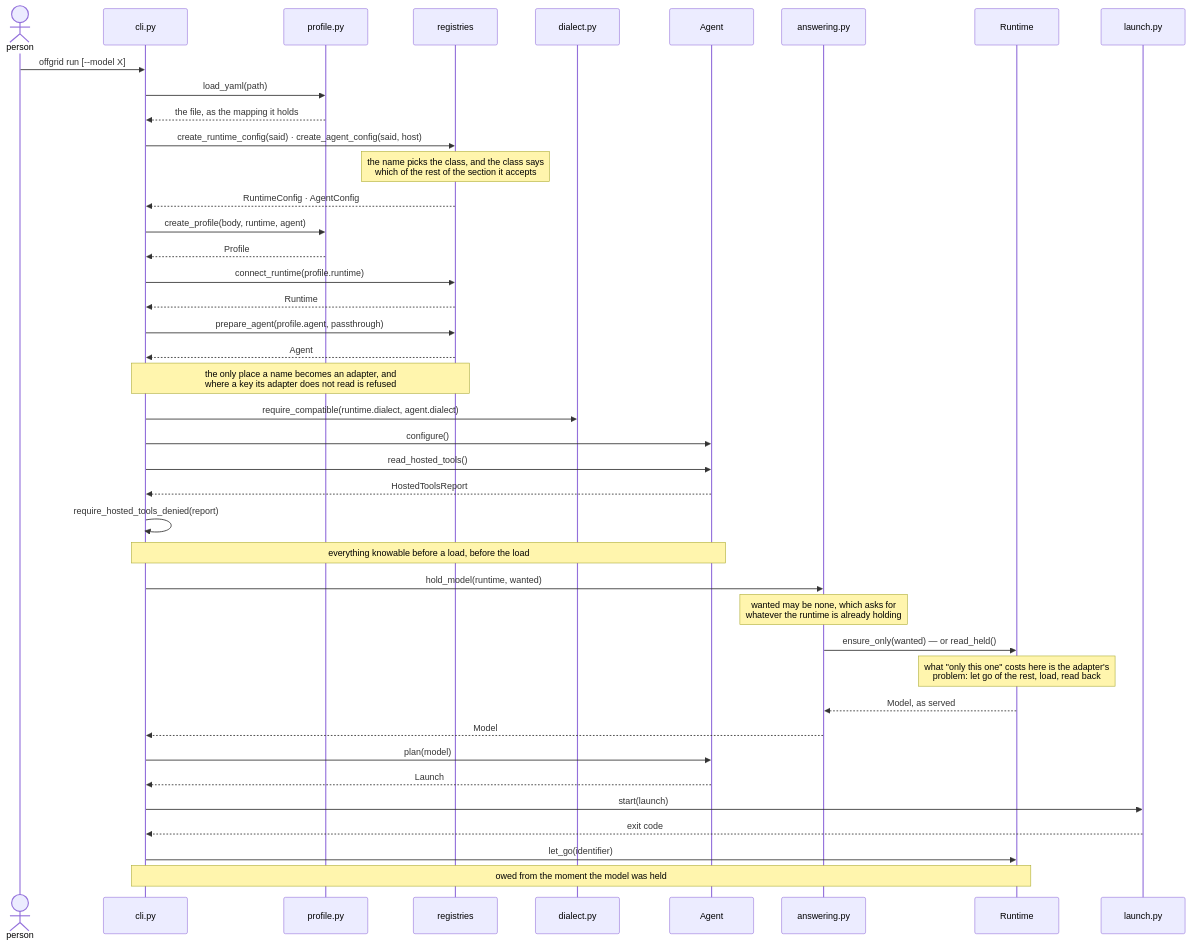
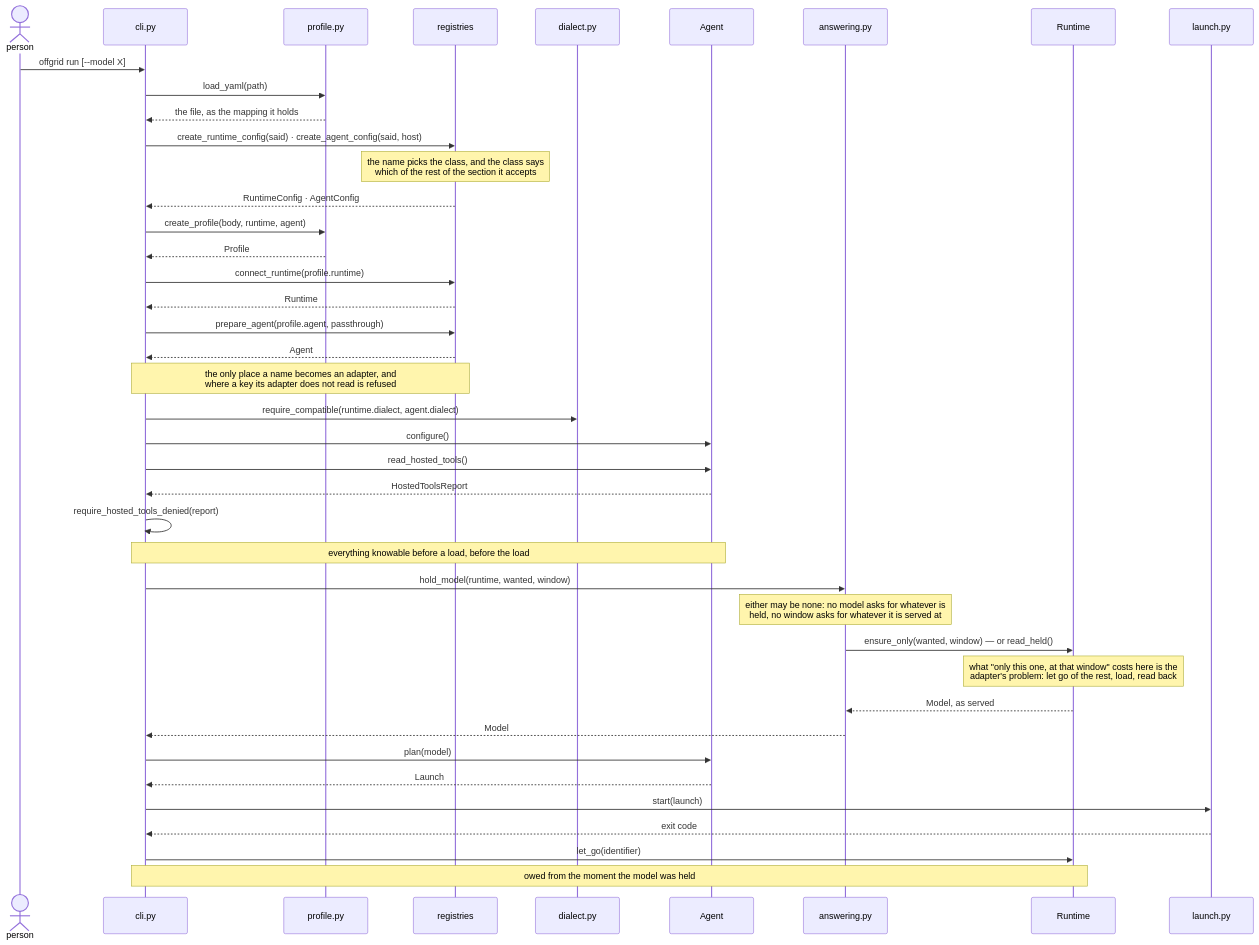
Before and after one commit to pvardanis/offgrid: the second of 3 diagrams in docs/architecture.md, drawn with Mermaid. The commit also changed other lines of this file and 1 other file, not shown here.

First line of the commit message:
docs: say the runtime port takes a window

````diff
--- a/docs/architecture.md
+++ b/docs/architecture.md
@@ -196,44 +196,44 @@
 ```mermaid
 sequenceDiagram
     actor P as person
     participant C as cli.py
     participant F as profile.py
     participant G as registries
     participant D as dialect.py
     participant A as Agent
     participant H as answering.py
     participant R as Runtime
     participant L as launch.py
 
     P->>C: offgrid run [--model X]
     C->>F: load_yaml(path)
     F-->>C: the file, as the mapping it holds
     C->>G: create_runtime_config(said) · create_agent_config(said, host)
     Note over G: the name picks the class, and the class says<br/>which of the rest of the section it accepts
     G-->>C: RuntimeConfig · AgentConfig
     C->>F: create_profile(body, runtime, agent)
     F-->>C: Profile
     C->>G: connect_runtime(profile.runtime)
     G-->>C: Runtime
     C->>G: prepare_agent(profile.agent, passthrough)
     G-->>C: Agent
     Note over C,G: the only place a name becomes an adapter, and<br/>where a key its adapter does not read is refused
     C->>D: require_compatible(runtime.dialect, agent.dialect)
     C->>A: configure()
     C->>A: read_hosted_tools()
     A-->>C: HostedToolsReport
     C->>C: require_hosted_tools_denied(report)
     Note over C,A: everything knowable before a load, before the load
-    C->>H: hold_model(runtime, wanted)
-    Note over H: wanted may be none, which asks for<br/>whatever the runtime is already holding
-    H->>R: ensure_only(wanted) — or read_held()
-    Note over R: what "only this one" costs here is the adapter's<br/>problem: let go of the rest, load, read back
+    C->>H: hold_model(runtime, wanted, window)
+    Note over H: either may be none: no model asks for whatever is<br/>held, no window asks for whatever it is served at
+    H->>R: ensure_only(wanted, window) — or read_held()
+    Note over R: what "only this one, at that window" costs here is the<br/>adapter's problem: let go of the rest, load, read back
     R-->>H: Model, as served
     H-->>C: Model
     C->>A: plan(model)
     A-->>C: Launch
     C->>L: start(launch)
     L-->>C: exit code
     C->>R: let_go(identifier)
     Note over C,R: owed from the moment the model was held
 ```
````
